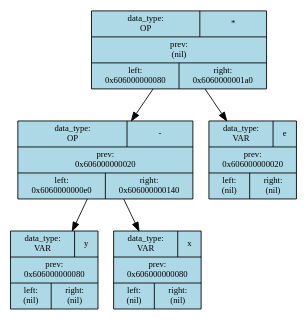
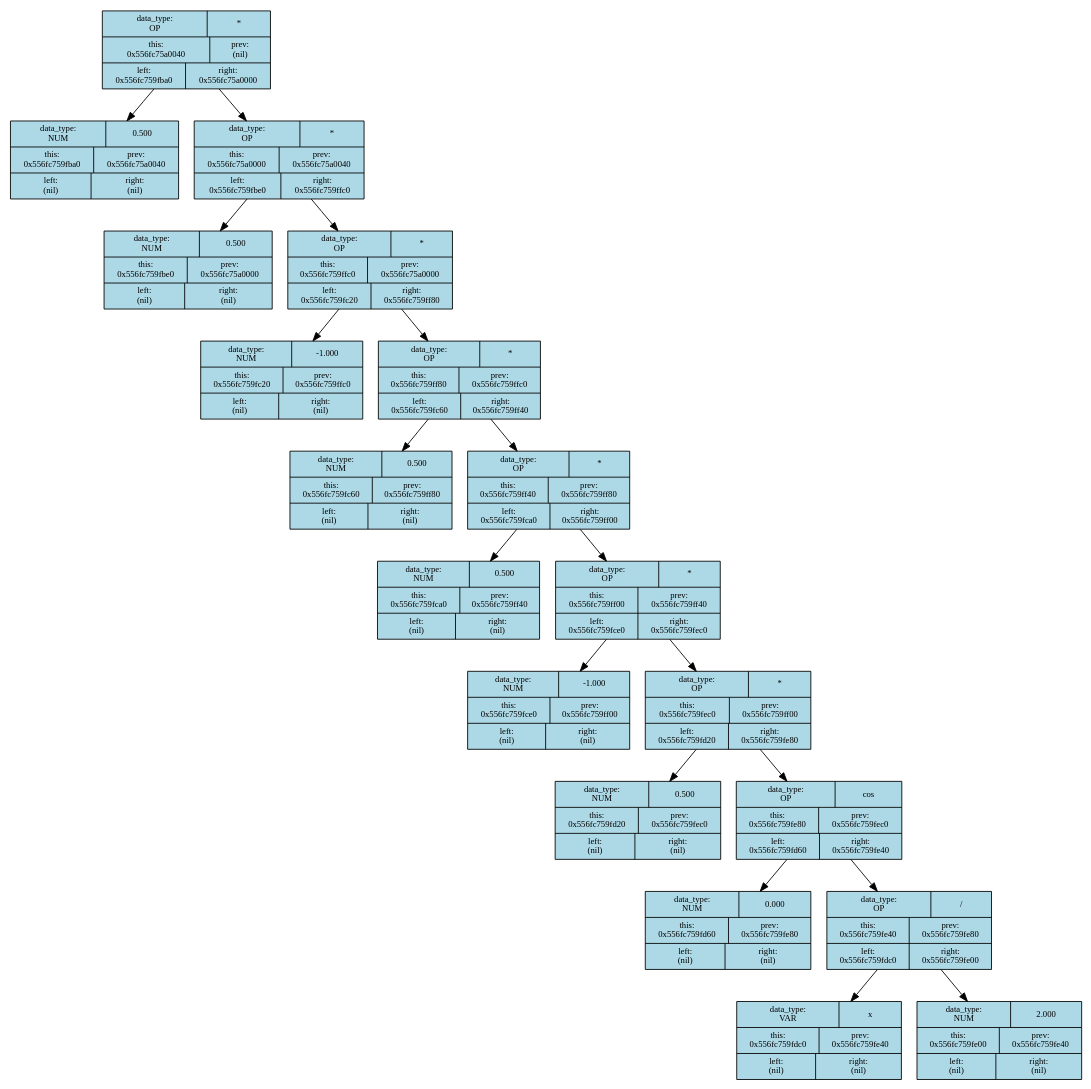
Before and after one commit to VladZg/Differentiator: the diagram in TreeDump/TextForTreeDump.dot, drawn with Graphviz. The commit also changed 24 other files, not shown here.

```diff
--- a/TreeDump/TextForTreeDump.dot
+++ b/TreeDump/TextForTreeDump.dot
@@ -1,14 +1,42 @@
 digraph G{
     rankdir = TB;
     edge[ colour = black ];
     node[ colour = black, shape = rectangle, fontsize = 10 ];
-    node3 [shape = record, style = filled, fillcolor = lightblue, label = "{{ <data_type> data_type:\n OP | <data> * } | <prev> prev:\n(nil) | { <left> left:\n0x606000000080 | <right> right:\n0x6060000001a0 }}"];
-    node1 [shape = record, style = filled, fillcolor = lightblue, label = "{{ <data_type> data_type:\n OP | <data> - } | <prev> prev:\n0x606000000020 | { <left> left:\n0x6060000000e0 | <right> right:\n0x606000000140 }}"];
-    node0 [shape = record, style = filled, fillcolor = lightblue, label = "{{ <data_type> data_type:\n VAR | <data> y } | <prev> prev:\n0x606000000080 | { <left> left:\n(nil) | <right> right:\n(nil) }}"];
-    node2 [shape = record, style = filled, fillcolor = lightblue, label = "{{ <data_type> data_type:\n VAR | <data> x } | <prev> prev:\n0x606000000080 | { <left> left:\n(nil) | <right> right:\n(nil) }}"];
-    node4 [shape = record, style = filled, fillcolor = lightblue, label = "{{ <data_type> data_type:\n VAR | <data> e } | <prev> prev:\n0x606000000020 | { <left> left:\n(nil) | <right> right:\n(nil) }}"];
-    node3 -> node1;
-    node1 -> node0;
-    node1 -> node2;
-    node3 -> node4;
+    node322 [shape = record, style = filled, fillcolor = lightblue, label = "{{ <data_type> data_type:\n OP | <data> * } | { <this> this:\n0x556fc75a0040 | <prev> prev:\n(nil) } | { <left> left:\n0x556fc759fba0 | <right> right:\n0x556fc75a0000 }}"];
+    node304 [shape = record, style = filled, fillcolor = lightblue, label = "{{ <data_type> data_type:\n NUM | <data> 0.500 } | { <this> this:\n0x556fc759fba0 | <prev> prev:\n0x556fc75a0040 } | { <left> left:\n(nil) | <right> right:\n(nil) }}"];
+    node321 [shape = record, style = filled, fillcolor = lightblue, label = "{{ <data_type> data_type:\n OP | <data> * } | { <this> this:\n0x556fc75a0000 | <prev> prev:\n0x556fc75a0040 } | { <left> left:\n0x556fc759fbe0 | <right> right:\n0x556fc759ffc0 }}"];
+    node305 [shape = record, style = filled, fillcolor = lightblue, label = "{{ <data_type> data_type:\n NUM | <data> 0.500 } | { <this> this:\n0x556fc759fbe0 | <prev> prev:\n0x556fc75a0000 } | { <left> left:\n(nil) | <right> right:\n(nil) }}"];
+    node320 [shape = record, style = filled, fillcolor = lightblue, label = "{{ <data_type> data_type:\n OP | <data> * } | { <this> this:\n0x556fc759ffc0 | <prev> prev:\n0x556fc75a0000 } | { <left> left:\n0x556fc759fc20 | <right> right:\n0x556fc759ff80 }}"];
+    node306 [shape = record, style = filled, fillcolor = lightblue, label = "{{ <data_type> data_type:\n NUM | <data> -1.000 } | { <this> this:\n0x556fc759fc20 | <prev> prev:\n0x556fc759ffc0 } | { <left> left:\n(nil) | <right> right:\n(nil) }}"];
+    node319 [shape = record, style = filled, fillcolor = lightblue, label = "{{ <data_type> data_type:\n OP | <data> * } | { <this> this:\n0x556fc759ff80 | <prev> prev:\n0x556fc759ffc0 } | { <left> left:\n0x556fc759fc60 | <right> right:\n0x556fc759ff40 }}"];
+    node307 [shape = record, style = filled, fillcolor = lightblue, label = "{{ <data_type> data_type:\n NUM | <data> 0.500 } | { <this> this:\n0x556fc759fc60 | <prev> prev:\n0x556fc759ff80 } | { <left> left:\n(nil) | <right> right:\n(nil) }}"];
+    node318 [shape = record, style = filled, fillcolor = lightblue, label = "{{ <data_type> data_type:\n OP | <data> * } | { <this> this:\n0x556fc759ff40 | <prev> prev:\n0x556fc759ff80 } | { <left> left:\n0x556fc759fca0 | <right> right:\n0x556fc759ff00 }}"];
+    node308 [shape = record, style = filled, fillcolor = lightblue, label = "{{ <data_type> data_type:\n NUM | <data> 0.500 } | { <this> this:\n0x556fc759fca0 | <prev> prev:\n0x556fc759ff40 } | { <left> left:\n(nil) | <right> right:\n(nil) }}"];
+    node317 [shape = record, style = filled, fillcolor = lightblue, label = "{{ <data_type> data_type:\n OP | <data> * } | { <this> this:\n0x556fc759ff00 | <prev> prev:\n0x556fc759ff40 } | { <left> left:\n0x556fc759fce0 | <right> right:\n0x556fc759fec0 }}"];
+    node309 [shape = record, style = filled, fillcolor = lightblue, label = "{{ <data_type> data_type:\n NUM | <data> -1.000 } | { <this> this:\n0x556fc759fce0 | <prev> prev:\n0x556fc759ff00 } | { <left> left:\n(nil) | <right> right:\n(nil) }}"];
+    node316 [shape = record, style = filled, fillcolor = lightblue, label = "{{ <data_type> data_type:\n OP | <data> * } | { <this> this:\n0x556fc759fec0 | <prev> prev:\n0x556fc759ff00 } | { <left> left:\n0x556fc759fd20 | <right> right:\n0x556fc759fe80 }}"];
+    node310 [shape = record, style = filled, fillcolor = lightblue, label = "{{ <data_type> data_type:\n NUM | <data> 0.500 } | { <this> this:\n0x556fc759fd20 | <prev> prev:\n0x556fc759fec0 } | { <left> left:\n(nil) | <right> right:\n(nil) }}"];
+    node315 [shape = record, style = filled, fillcolor = lightblue, label = "{{ <data_type> data_type:\n OP | <data> cos } | { <this> this:\n0x556fc759fe80 | <prev> prev:\n0x556fc759fec0 } | { <left> left:\n0x556fc759fd60 | <right> right:\n0x556fc759fe40 }}"];
+    node311 [shape = record, style = filled, fillcolor = lightblue, label = "{{ <data_type> data_type:\n NUM | <data> 0.000 } | { <this> this:\n0x556fc759fd60 | <prev> prev:\n0x556fc759fe80 } | { <left> left:\n(nil) | <right> right:\n(nil) }}"];
+    node314 [shape = record, style = filled, fillcolor = lightblue, label = "{{ <data_type> data_type:\n OP | <data> / } | { <this> this:\n0x556fc759fe40 | <prev> prev:\n0x556fc759fe80 } | { <left> left:\n0x556fc759fdc0 | <right> right:\n0x556fc759fe00 }}"];
+    node312 [shape = record, style = filled, fillcolor = lightblue, label = "{{ <data_type> data_type:\n VAR | <data> x } | { <this> this:\n0x556fc759fdc0 | <prev> prev:\n0x556fc759fe40 } | { <left> left:\n(nil) | <right> right:\n(nil) }}"];
+    node313 [shape = record, style = filled, fillcolor = lightblue, label = "{{ <data_type> data_type:\n NUM | <data> 2.000 } | { <this> this:\n0x556fc759fe00 | <prev> prev:\n0x556fc759fe40 } | { <left> left:\n(nil) | <right> right:\n(nil) }}"];
+    node322 -> node304;
+    node321 -> node305;
+    node320 -> node306;
+    node319 -> node307;
+    node318 -> node308;
+    node317 -> node309;
+    node316 -> node310;
+    node315 -> node311;
+    node314 -> node312;
+    node314 -> node313;
+    node315 -> node314;
+    node316 -> node315;
+    node317 -> node316;
+    node318 -> node317;
+    node319 -> node318;
+    node320 -> node319;
+    node321 -> node320;
+    node322 -> node321;
 }
```
